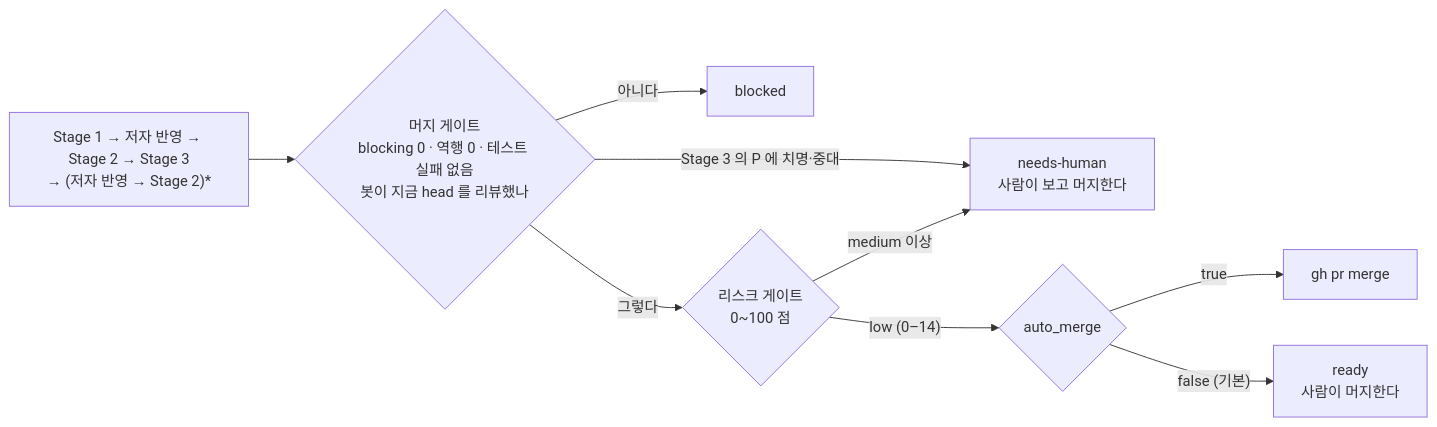
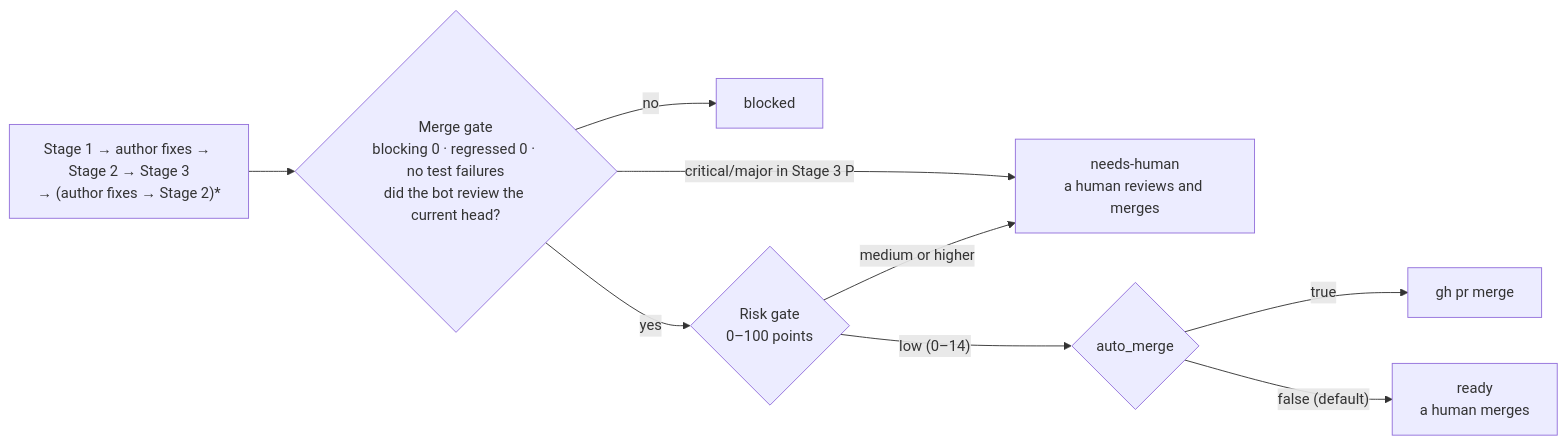
The diagram in README.md (thswlsqls/pr-quorum), drawn with Mermaid before and after one commit. The commit also changed other lines of this file and 4 other files, not shown here.

````diff
--- a/README.md
+++ b/README.md
@@ -23,11 +23,11 @@
 ```mermaid
 flowchart LR
-  C["Stage 1 → 저자 반영 → Stage 2 → Stage 3<br/>→ (저자 반영 → Stage 2)*"] --> MG{"머지 게이트<br/>blocking 0 · 역행 0 · 테스트 실패 없음<br/>봇이 지금 head 를 리뷰했나"}
-  MG -- 아니다 --> B[blocked]
-  MG -- "Stage 3 의 P 에 치명·중대" --> H
-  MG -- 그렇다 --> RG{"리스크 게이트<br/>0~100 점"}
+  C["Stage 1 → author fixes → Stage 2 → Stage 3<br/>→ (author fixes → Stage 2)*"] --> MG{"Merge gate<br/>blocking 0 · regressed 0 · no test failures<br/>did the bot review the current head?"}
+  MG -- no --> B[blocked]
+  MG -- "critical/major in Stage 3 P" --> H
+  MG -- yes --> RG{"Risk gate<br/>0–100 points"}
   RG -- "low (0–14)" --> A{"auto_merge"}
   A -- true --> M[gh pr merge]
-  A -- "false (기본)" --> R["ready<br/>사람이 머지한다"]
-  RG -- "medium 이상" --> H["needs-human<br/>사람이 보고 머지한다"]
+  A -- "false (default)" --> R["ready<br/>a human merges"]
+  RG -- "medium or higher" --> H["needs-human<br/>a human reviews and merges"]
 ```
````
